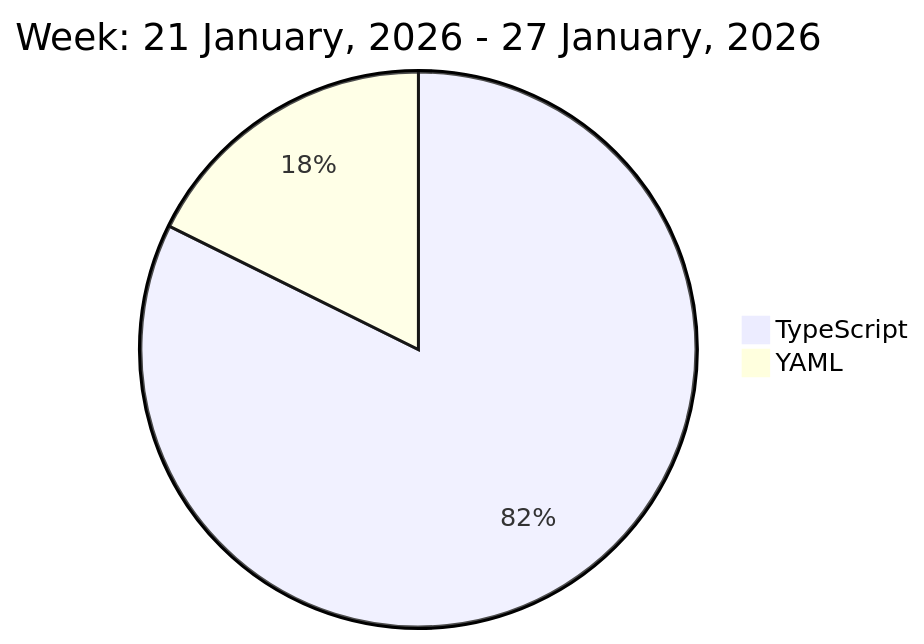
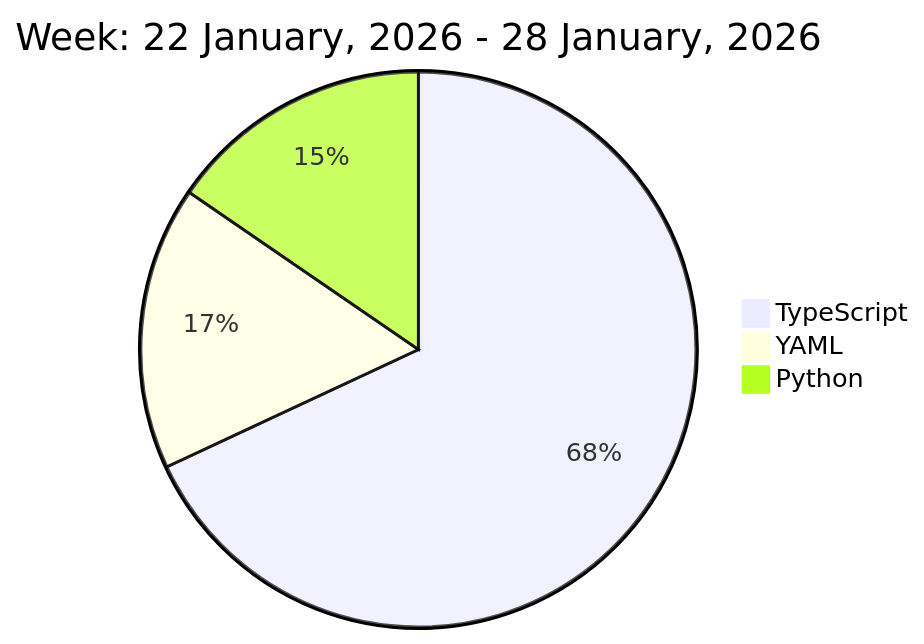
Before and after one commit to liubin95/liubin95: the diagram in README.md, drawn with Mermaid.

Commit message:
Updated the Graph with new Metrics

````diff
--- a/README.md
+++ b/README.md
@@ -37,6 +37,7 @@
 ```mermaid
  pie
-title Week: 21 January, 2026 - 27 January, 2026
- "TypeScript" : 11.03
- "YAML" : 2.37
+title Week: 22 January, 2026 - 28 January, 2026
+ "TypeScript" : 9.48
+ "YAML" : 2.3
+ "Python" : 2.15
 ```
````
